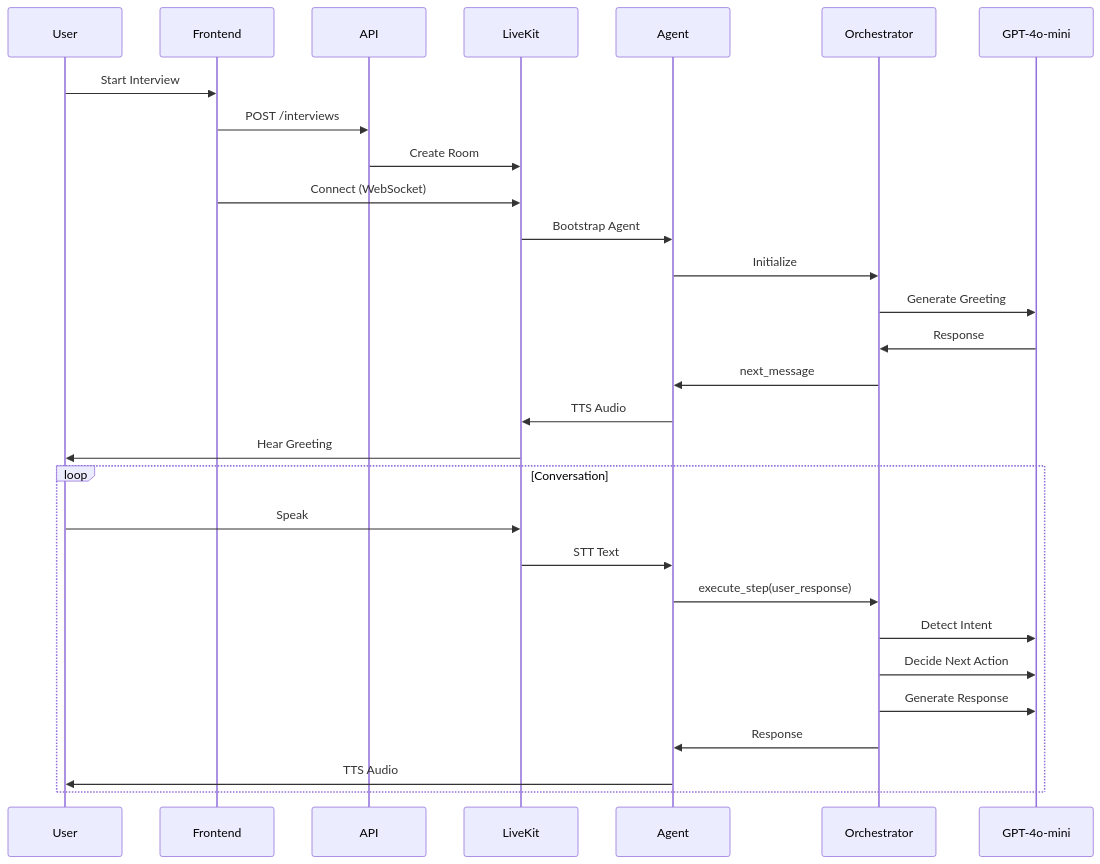
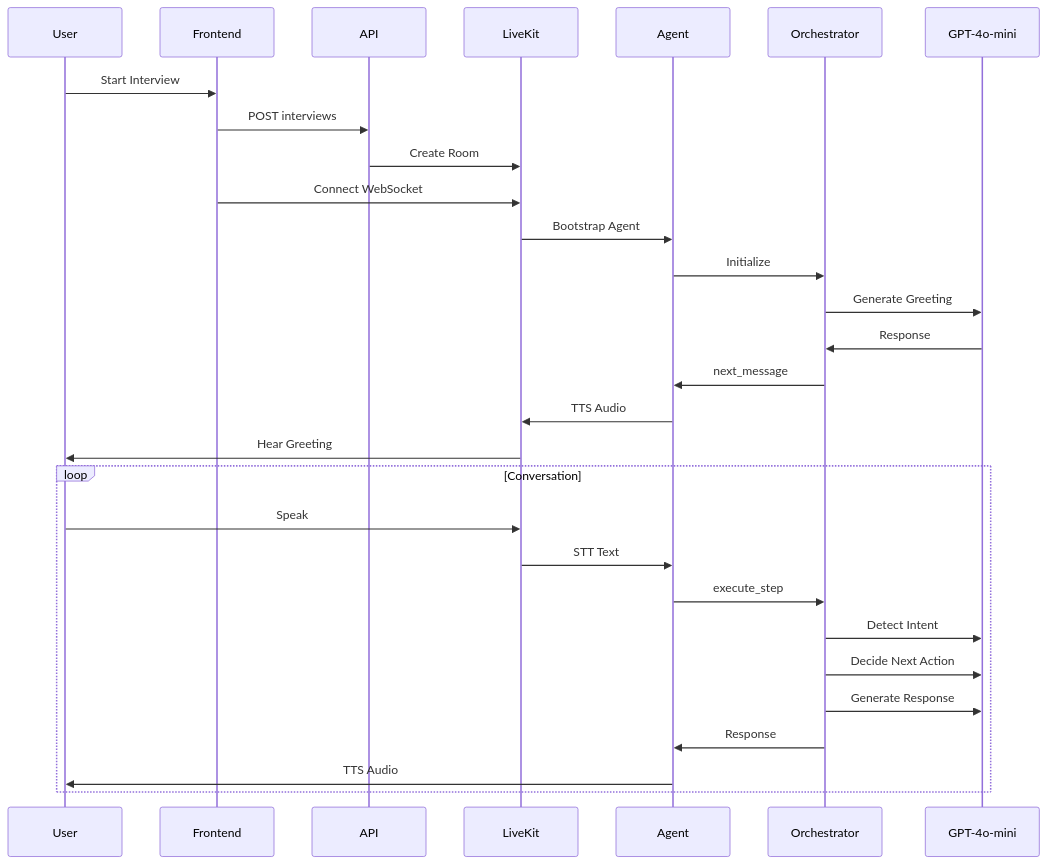
The second of 2 diagrams in README.md (StephaneWamba/InterviewLab), drawn with Mermaid before and after one commit. The commit also changed other lines of this file, not shown here.

Commit message:
Fix Mermaid diagrams for GitHub rendering compatibility

````diff
--- a/README.md
+++ b/README.md
@@ -71,33 +71,33 @@
 ```mermaid
 sequenceDiagram
     participant U as User
     participant F as Frontend
     participant A as API
     participant LK as LiveKit
     participant AG as Agent
     participant O as Orchestrator
     participant LLM as GPT-4o-mini
 
     U->>F: Start Interview
-    F->>A: POST /interviews
+    F->>A: POST interviews
     A->>LK: Create Room
-    F->>LK: Connect (WebSocket)
+    F->>LK: Connect WebSocket
     LK->>AG: Bootstrap Agent
     AG->>O: Initialize
     O->>LLM: Generate Greeting
     LLM->>O: Response
     O->>AG: next_message
     AG->>LK: TTS Audio
     LK->>U: Hear Greeting
 
     loop Conversation
         U->>LK: Speak
         LK->>AG: STT Text
-        AG->>O: execute_step(user_response)
+        AG->>O: execute_step
         O->>LLM: Detect Intent
         O->>LLM: Decide Next Action
         O->>LLM: Generate Response
         O->>AG: Response
         AG->>U: TTS Audio
     end
 ```
````
